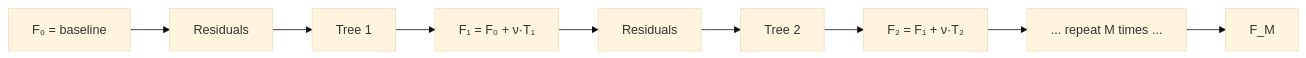
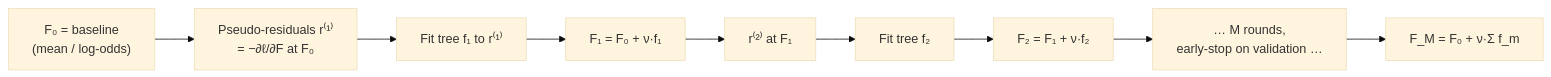
Before and after one commit to ABHIRAM3007/itp: the first of 3 diagrams in roadmap/phase-1-classical-ml/10-gradient-boosting.md, drawn with Mermaid (base theme). The commit also changed other lines of this file and 23 other files, not shown here.

````diff
--- a/roadmap/phase-1-classical-ml/10-gradient-boosting.md
+++ b/roadmap/phase-1-classical-ml/10-gradient-boosting.md
@@ -102,9 +191,11 @@
 ```mermaid
 flowchart LR
-    F0["F₀ = baseline"] --> R1["Residuals"]
-    R1 --> T1["Tree 1"] --> F1["F₁ = F₀ + ν·T₁"]
-    F1 --> R2["Residuals"]
-    R2 --> T2["Tree 2"] --> F2["F₂ = F₁ + ν·T₂"]
-    F2 --> D["... repeat M times ..."]
-    D --> FM["F_M"]
+    F0["F₀ = baseline<br/>(mean / log-odds)"] --> R1["Pseudo-residuals r⁽¹⁾<br/>= −∂ℓ/∂F at F₀"]
+    R1 --> T1["Fit tree f₁ to r⁽¹⁾"]
+    T1 --> F1["F₁ = F₀ + ν·f₁"]
+    F1 --> R2["r⁽²⁾ at F₁"]
+    R2 --> T2["Fit tree f₂"]
+    T2 --> F2["F₂ = F₁ + ν·f₂"]
+    F2 --> DOTS["… M rounds,<br/>early-stop on validation …"]
+    DOTS --> FM["F_M = F₀ + ν·Σ f_m"]
 ```
````
